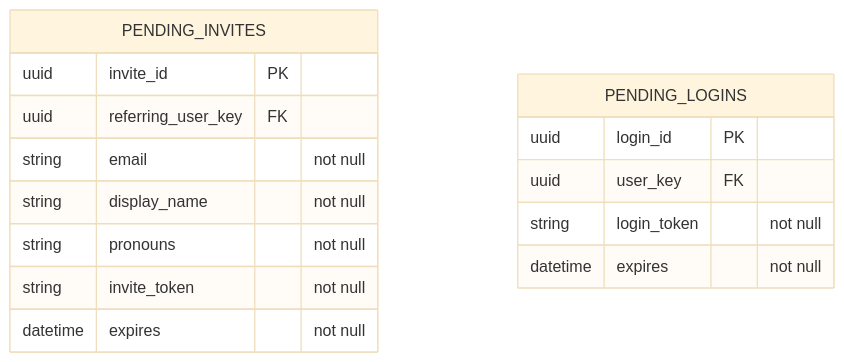
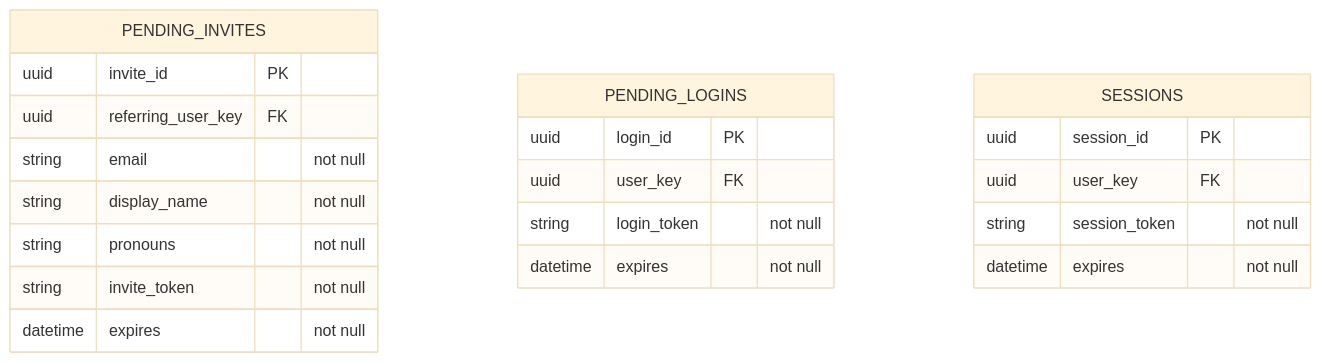
Before and after one commit to game-night-dot-gay/game-night: the third of 3 diagrams in documentation/design/AUTHENTICATION.md, drawn with Mermaid (base theme). The commit also changed other lines of this file and 2 other files, not shown here.

First line of the commit message:
Document Home Page and Sessions

````diff
--- a/documentation/design/AUTHENTICATION.md
+++ b/documentation/design/AUTHENTICATION.md
@@ -94,18 +96,24 @@
 ```mermaid
 erDiagram
     PENDING_INVITES {
         uuid invite_id PK
         uuid referring_user_key FK
         string email "not null"
         string display_name "not null"
         string pronouns "not null"
         string invite_token "not null"
         datetime expires "not null"
     }
     PENDING_LOGINS {
         uuid login_id PK
         uuid user_key FK
         string login_token "not null"
         datetime expires "not null"
     }
+    SESSIONS {
+        uuid session_id PK
+        uuid user_key FK
+        string session_token "not null"
+        datetime expires "not null"
+    }
 ```
````
